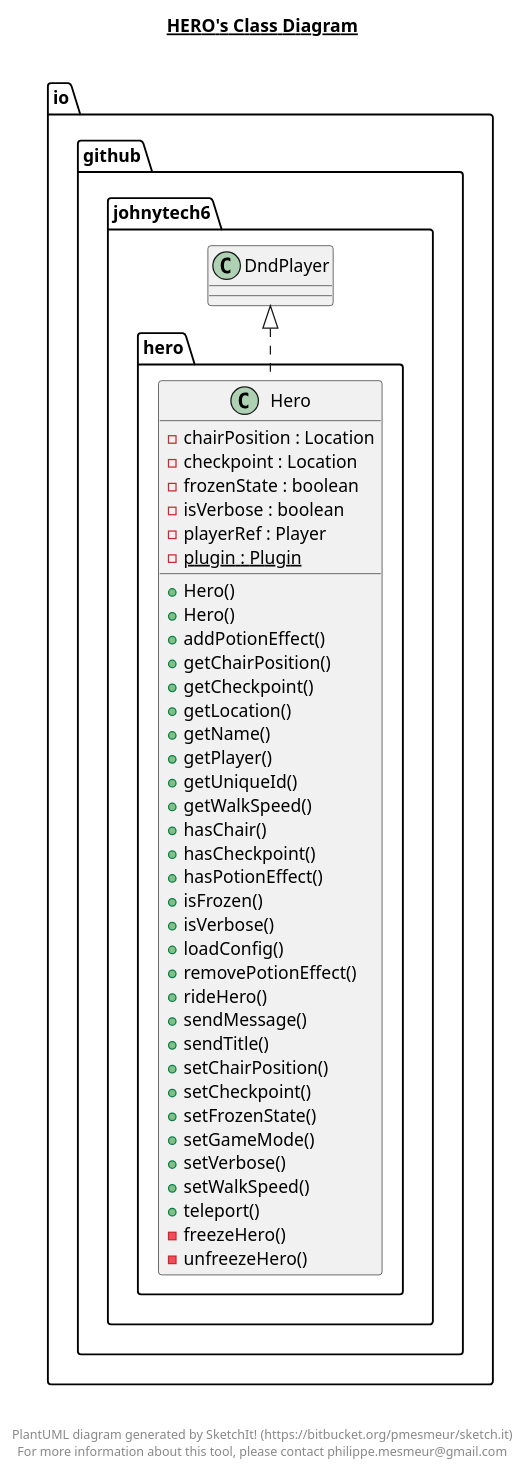
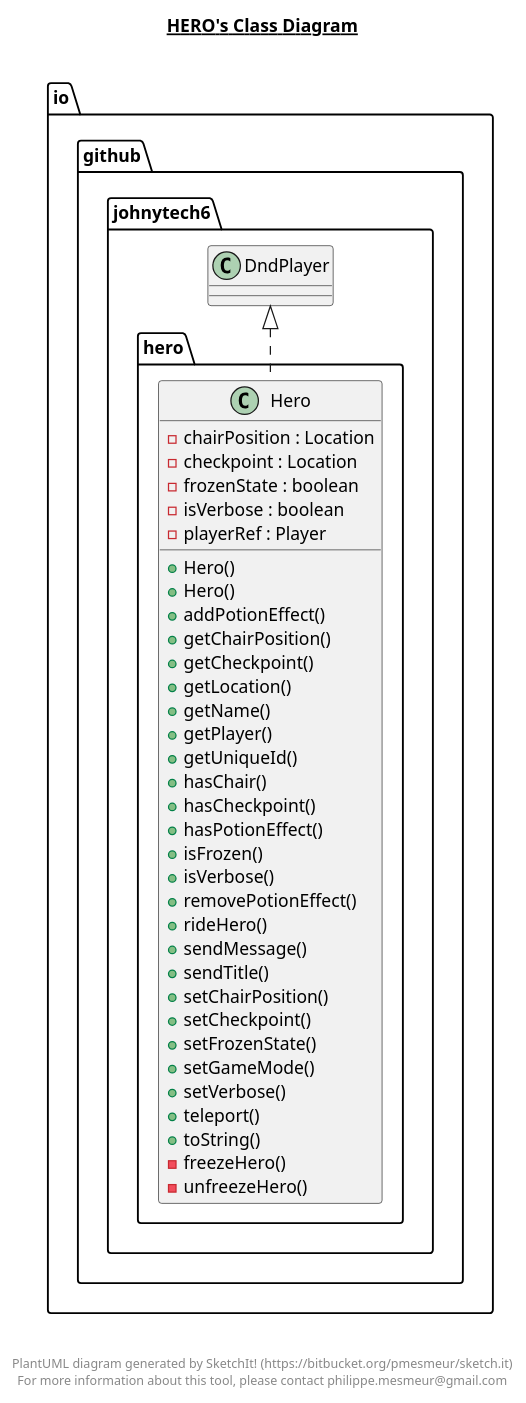
One commit to Jean-Lamarre/Johnytech6s_Plugin changed the diagram in src/main/java/io/github/johnytech6/hero/hero.plantuml. Above: the diagram before and after it, drawn with PlantUML. The commit also changed 42 other files, not shown here.

```diff
--- a/src/main/java/io/github/johnytech6/hero/hero.plantuml
+++ b/src/main/java/io/github/johnytech6/hero/hero.plantuml
@@ -1,58 +1,55 @@
 @startuml
 
 title __HERO's Class Diagram__\n
 
   namespace io.github.johnytech6 {
     namespace hero {
       class io.github.johnytech6.hero.Hero {
           - chairPosition : Location
           - checkpoint : Location
           - frozenState : boolean
           - isVerbose : boolean
           - playerRef : Player
-          {static} - plugin : Plugin
           + Hero()
           + Hero()
           + addPotionEffect()
           + getChairPosition()
           + getCheckpoint()
           + getLocation()
           + getName()
           + getPlayer()
           + getUniqueId()
-          + getWalkSpeed()
           + hasChair()
           + hasCheckpoint()
           + hasPotionEffect()
           + isFrozen()
           + isVerbose()
-          + loadConfig()
           + removePotionEffect()
           + rideHero()
           + sendMessage()
           + sendTitle()
           + setChairPosition()
           + setCheckpoint()
           + setFrozenState()
           + setGameMode()
           + setVerbose()
-          + setWalkSpeed()
           + teleport()
+          + toString()
           - freezeHero()
           - unfreezeHero()
       }
     }
   }
   
 
   io.github.johnytech6.hero.Hero .up.|> io.github.johnytech6.DndPlayer
 
 
 right footer
 
 
 PlantUML diagram generated by SketchIt! (https://bitbucket.org/pmesmeur/sketch.it)
 For more information about this tool, please contact philippe.mesmeur@gmail.com
 endfooter
 
 @enduml
```
